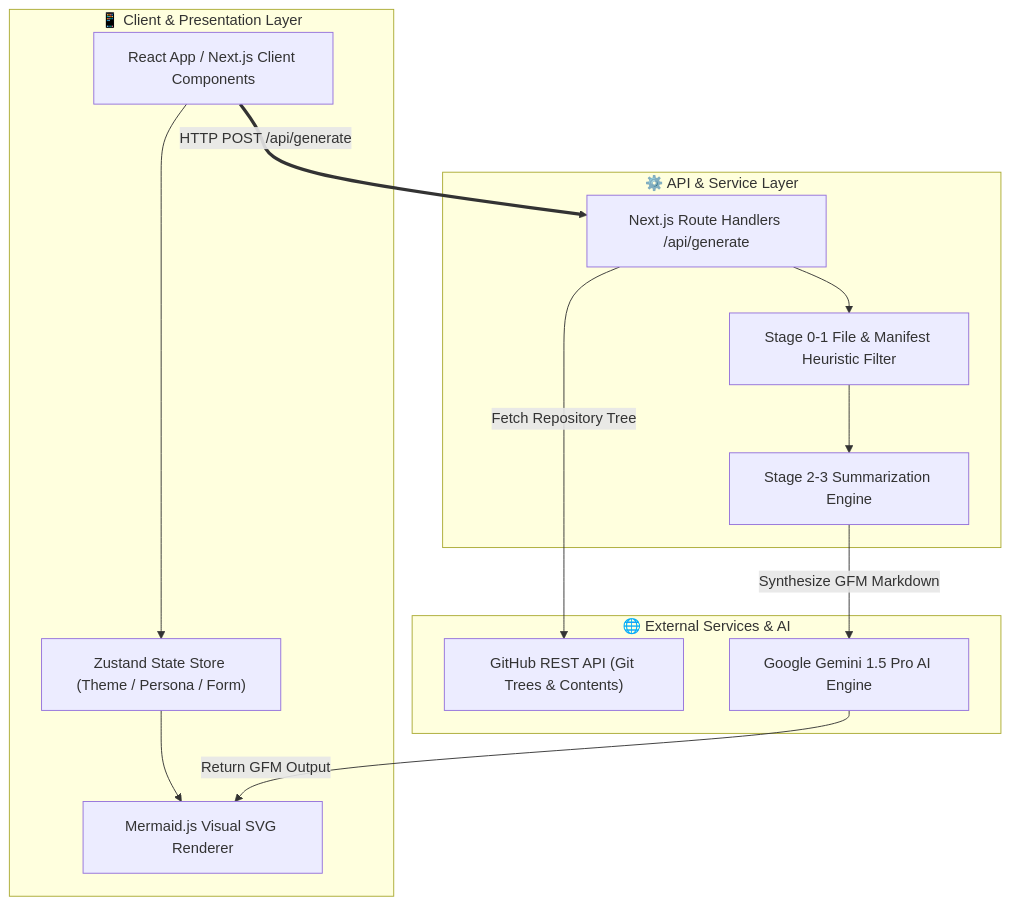
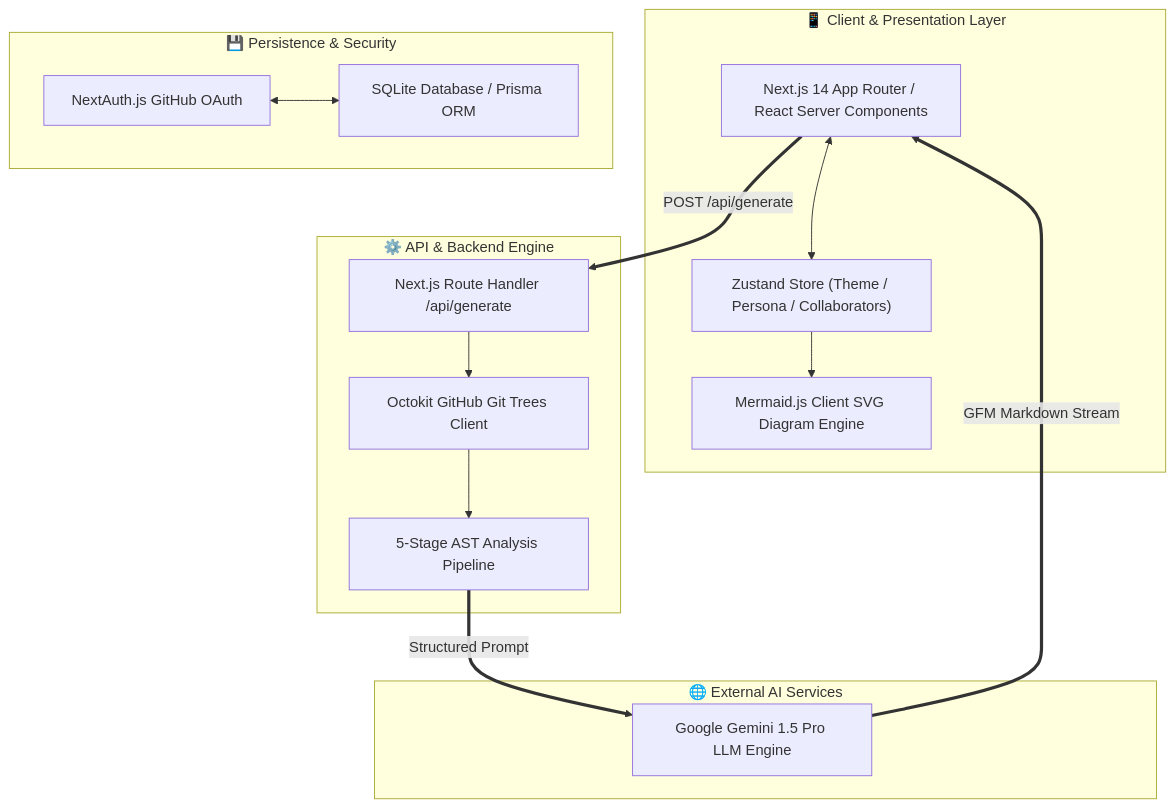
The second of 2 diagrams in README.md (Bavly-Hamdy/ReadmeForge), drawn with Mermaid before and after one commit. The commit also changed other lines of this file, not shown here.

````diff
--- a/README.md
+++ b/README.md
@@ -48,22 +96,32 @@
 ```mermaid
 graph TD
-    subgraph Client_Presentation["📱 Client & Presentation Layer"]
-        A["React App / Next.js Client Components"] --> B["Zustand State Store (Theme / Persona / Form)"]
-        B --> C["Mermaid.js Visual SVG Renderer"]
+    subgraph Presentation_Layer["📱 Client & Presentation Layer"]
+        UI["Next.js 14 App Router / React Server Components"]
+        State["Zustand Store (Theme / Persona / Collaborators)"]
+        Renderer["Mermaid.js Client SVG Diagram Engine"]
+        UI <--> State
+        State --> Renderer
     end
 
-    subgraph API_Services["⚙️ API & Service Layer"]
-        D["Next.js Route Handlers /api/generate"] --> E["Stage 0-1 File & Manifest Heuristic Filter"]
-        E --> F["Stage 2-3 Summarization Engine"]
+    subgraph API_Services["⚙️ API & Backend Engine"]
+        Handler["Next.js Route Handler /api/generate"]
+        Octokit["Octokit GitHub Git Trees Client"]
+        Pipeline["5-Stage AST Analysis Pipeline"]
+        Handler --> Octokit
+        Octokit --> Pipeline
     end
 
-    subgraph External_Integrations["🌐 External Services & AI"]
-        G["GitHub REST API (Git Trees & Contents)"]
-        H["Google Gemini 1.5 Pro AI Engine"]
+    subgraph Data_Storage["💾 Persistence & Security"]
+        Auth["NextAuth.js GitHub OAuth"]
+        DB["SQLite Database / Prisma ORM"]
+        Auth <--> DB
     end
 
-    A ==>|HTTP POST /api/generate| D
-    D -->|Fetch Repository Tree| G
-    F -->|Synthesize GFM Markdown| H
-    H -->|Return GFM Output| C
+    subgraph AI_Engine["🌐 External AI Services"]
+        Gemini["Google Gemini 1.5 Pro LLM Engine"]
+    end
+
+    UI ==>|POST /api/generate| Handler
+    Pipeline ==>|Structured Prompt| Gemini
+    Gemini ==>|GFM Markdown Stream| UI
 ```
````
